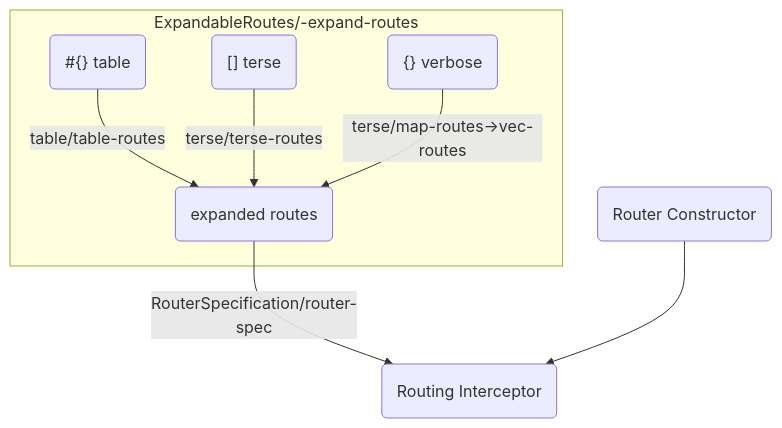
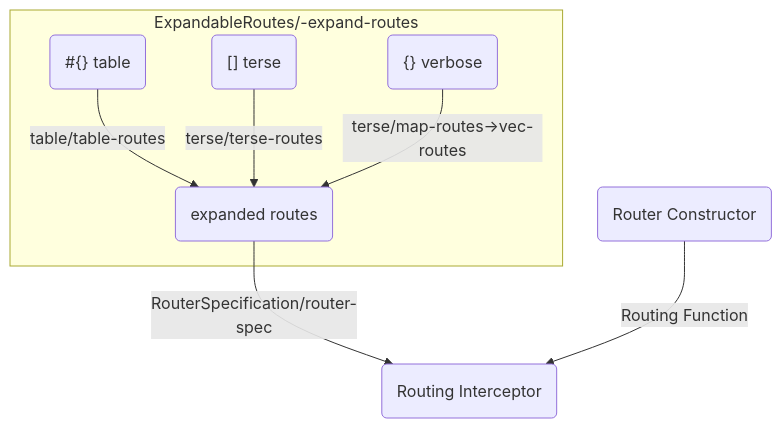
One commit to pedestal/pedestal changed the diagram in docs/modules/reference/pages/routing-quick-reference.adoc. Above: the diagram before and after it, drawn with Mermaid. The commit also changed other lines of this file and 13 other files, not shown here.

Commit message:
Remove the Router protocol: it is just a function now

```diff
--- a/docs/modules/reference/pages/routing-quick-reference.adoc
+++ b/docs/modules/reference/pages/routing-quick-reference.adoc
@@ -42,12 +43,12 @@
 [mermaid]
 ....
 flowchart
   subgraph ExpandableRoutes/-expand-routes
   table("#{} table")-->|table/table-routes|expanded
   terse("[] terse")-->|terse/terse-routes|expanded
   map("{} verbose")-->|terse/map-routes->vec-routes|expanded
   end
   expanded(expanded routes)-->|RouterSpecification/router-spec|inter
-  cons(Router Constructor)-->inter
+  cons(Router Constructor)-->|Routing Function|inter
   inter(Routing Interceptor)
 ....
```
